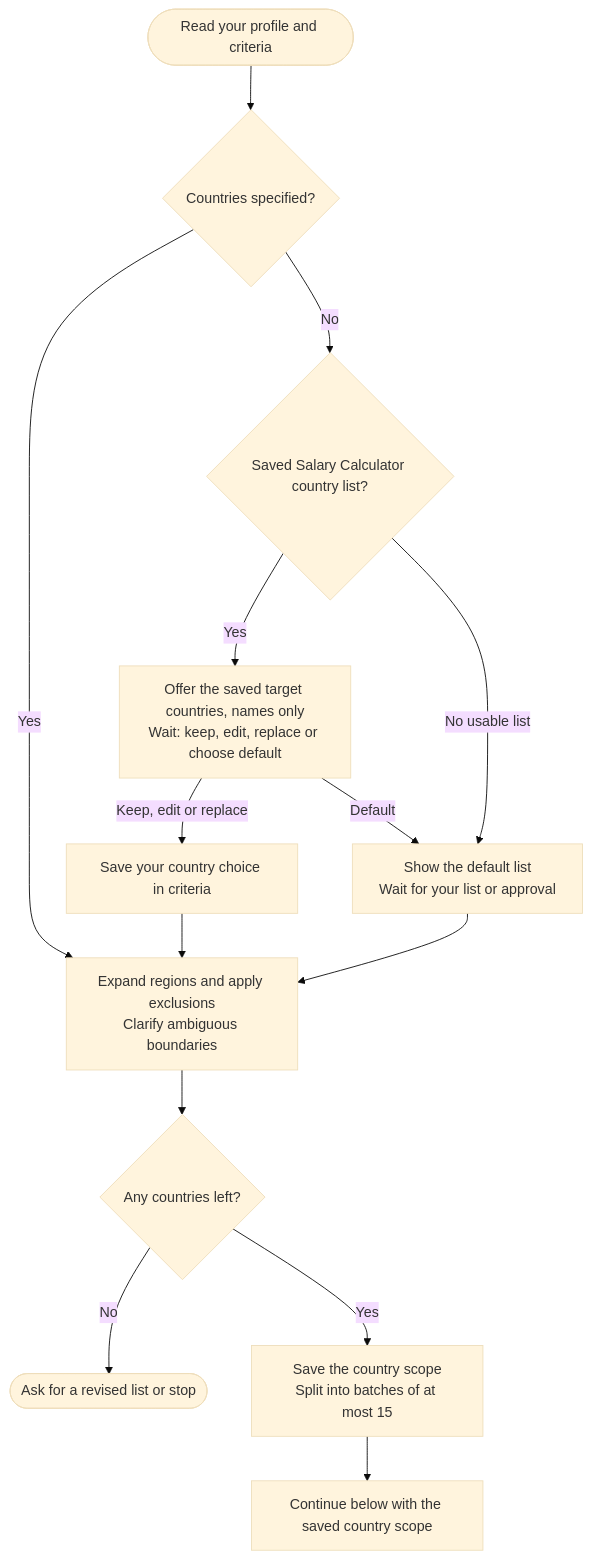
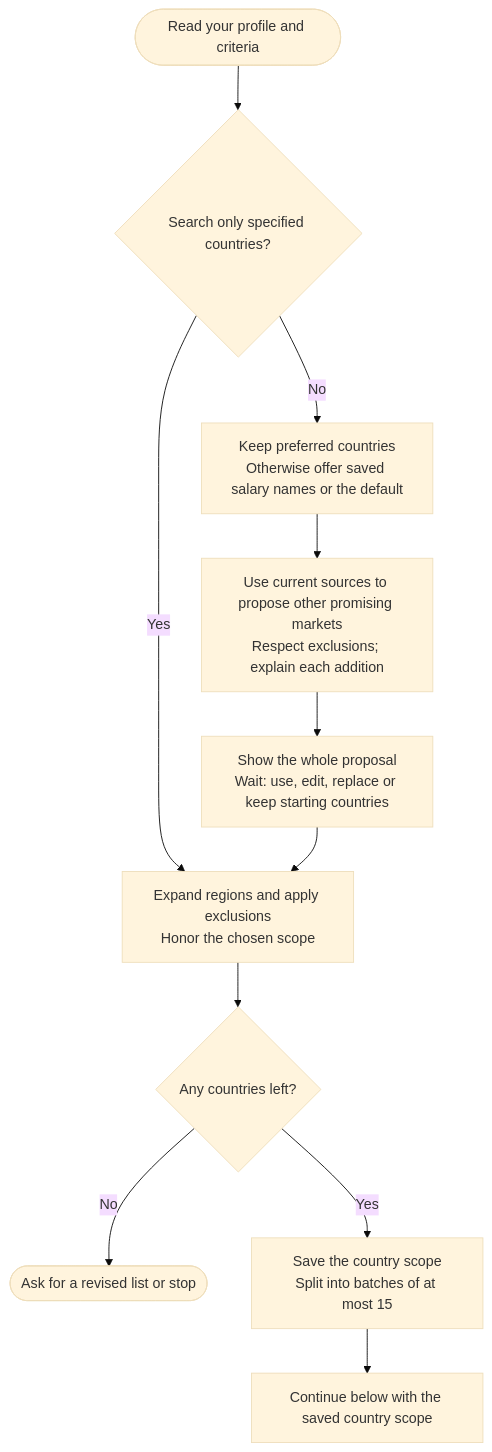
The first of 2 diagrams in docs/commands/country-finder/step2-country-discovery/detailed.md (myowinthein/agent-compass), drawn with Mermaid (base theme) before and after one commit. The commit also changed other lines of this file and 16 other files, not shown here.

First line of the commit message:
feat(country-finder): discover markets beyond preferred countries

````diff
--- a/docs/commands/country-finder/step2-country-discovery/detailed.md
+++ b/docs/commands/country-finder/step2-country-discovery/detailed.md
@@ -28,16 +28,13 @@
 ```mermaid
 flowchart TD
-  Start(["Read your profile and criteria"]) --> List{"Countries specified?"}
-  List -->|Yes| Scope["Expand regions and apply exclusions<br/>Clarify ambiguous boundaries"]
-  List -->|No| Salary{"Saved Salary Calculator country list?"}
-  Salary -->|Yes| Offer["Offer the saved target countries, names only<br/>Wait: keep, edit, replace or choose default"]
-  Offer -->|Keep, edit or replace| Confirm["Save your country choice in criteria"]
+  Start(["Read your profile and criteria"]) --> Restricted{"Search only specified countries?"}
+  Restricted -->|Yes| Scope["Expand regions and apply exclusions<br/>Honor the chosen scope"]
+  Restricted -->|No| Names["Keep preferred countries<br/>Otherwise offer saved salary names or the default"]
+  Names --> Discover["Use current sources to propose other promising markets<br/>Respect exclusions; explain each addition"]
+  Discover --> Confirm["Show the whole proposal<br/>Wait: use, edit, replace or keep starting countries"]
   Confirm --> Scope
-  Offer -->|Default| Default["Show the default list<br/>Wait for your list or approval"]
-  Salary -->|No usable list| Default
-  Default --> Scope
   Scope --> Empty{"Any countries left?"}
   Empty -->|No| Revise(["Ask for a revised list or stop"])
   Empty -->|Yes| Batch["Save the country scope<br/>Split into batches of at most 15"]
   Batch --> Continue["Continue below with the saved country scope"]
 ```
````
